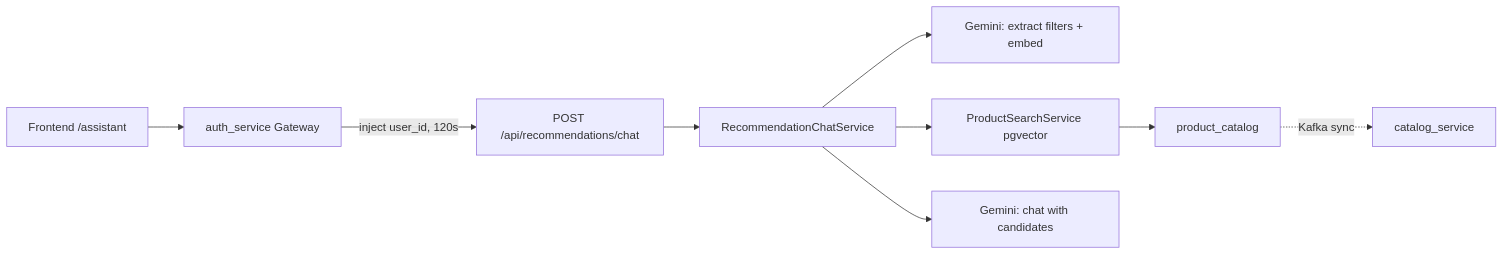
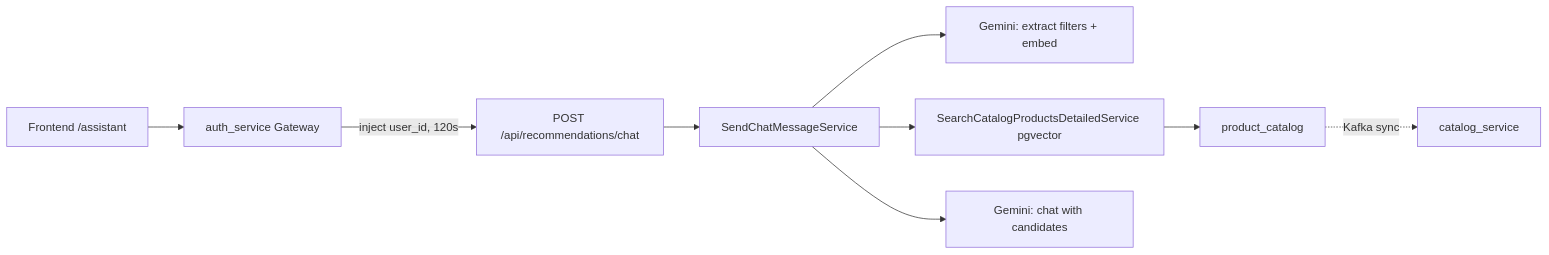
Before and after one commit to ff1nk1/e_commerce_platform: the first of 3 diagrams in recommendation_service/README.md, drawn with Mermaid. The commit also changed other lines of this file and 31 other files, not shown here.

Commit message:
Рефакторинг recommendation и search сервисов

````diff
--- a/recommendation_service/README.md
+++ b/recommendation_service/README.md
@@ -9,11 +9,11 @@
 ```mermaid
 flowchart LR
   Browser["Frontend /assistant"] --> Gateway["auth_service Gateway"]
   Gateway -->|"inject user_id, 120s"| ChatAPI["POST /api/recommendations/chat"]
-  ChatAPI --> ChatSvc["RecommendationChatService"]
+  ChatAPI --> ChatSvc["SendChatMessageService"]
   ChatSvc --> GeminiFilters["Gemini: extract filters + embed"]
-  ChatSvc --> Search["ProductSearchService pgvector"]
+  ChatSvc --> Search["SearchCatalogProductsDetailedService pgvector"]
   Search --> CatalogDB["product_catalog"]
   ChatSvc --> GeminiAnswer["Gemini: chat with candidates"]
   CatalogDB -.->|"Kafka sync"| CatalogSvc["catalog_service"]
 ```
````
